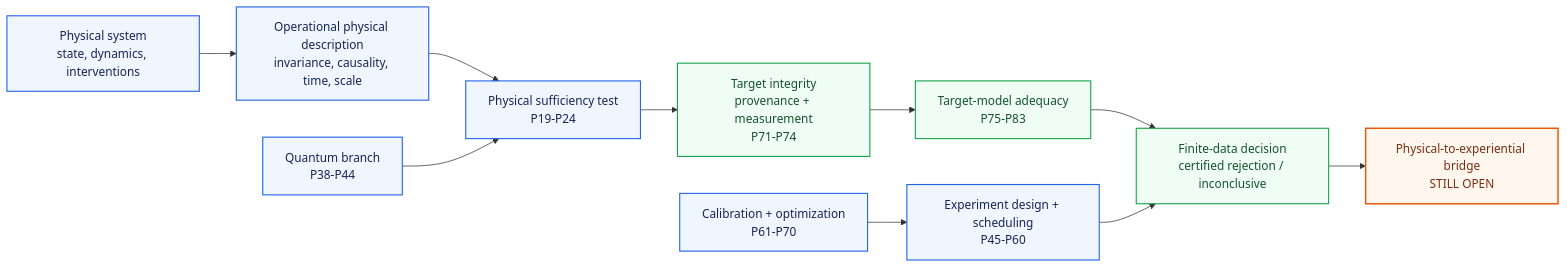
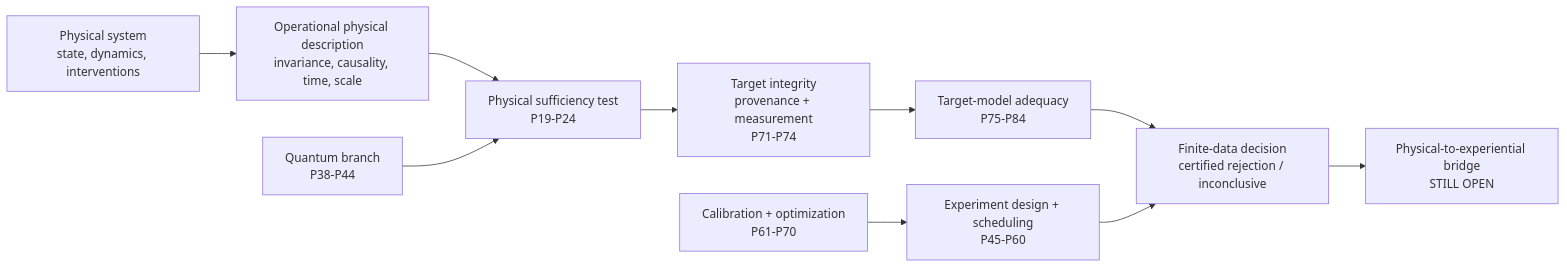
The diagram in START_HERE.md (MahsaKeikha/mathematical-consciousness-bridge), drawn with Mermaid before and after one commit. The commit also changed other lines of this file, not shown here.

````diff
--- a/START_HERE.md
+++ b/START_HERE.md
@@ -19,20 +19,13 @@
 ```mermaid
 flowchart LR
     A[Physical system\nstate, dynamics, interventions] --> B[Operational physical description\ninvariance, causality, time, scale]
     B --> C[Physical sufficiency test\nP19-P24]
     C --> D[Target integrity\nprovenance + measurement\nP71-P74]
-    D --> E[Target-model adequacy\nP75-P83]
+    D --> E[Target-model adequacy\nP75-P84]
     E --> F[Finite-data decision\ncertified rejection / inconclusive]
     F --> G[Physical-to-experiential bridge\nSTILL OPEN]
 
     H[Quantum branch\nP38-P44] --> C
     I[Experiment design + scheduling\nP45-P60] --> F
     J[Calibration + optimization\nP61-P70] --> I
-
-    classDef open fill:#fff7ed,stroke:#ea580c,stroke-width:2px,color:#7c2d12;
-    classDef core fill:#eff6ff,stroke:#2563eb,stroke-width:1.5px,color:#172554;
-    classDef target fill:#f0fdf4,stroke:#16a34a,stroke-width:1.5px,color:#14532d;
-    class A,B,C,H,I,J core;
-    class D,E,F target;
-    class G open;
 ```
````
